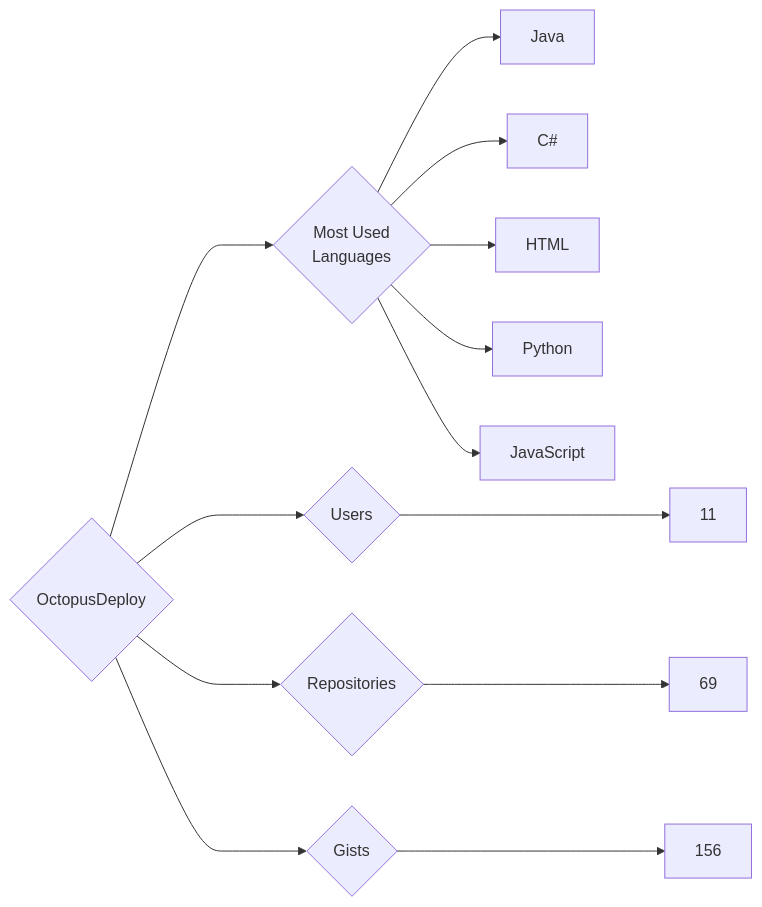
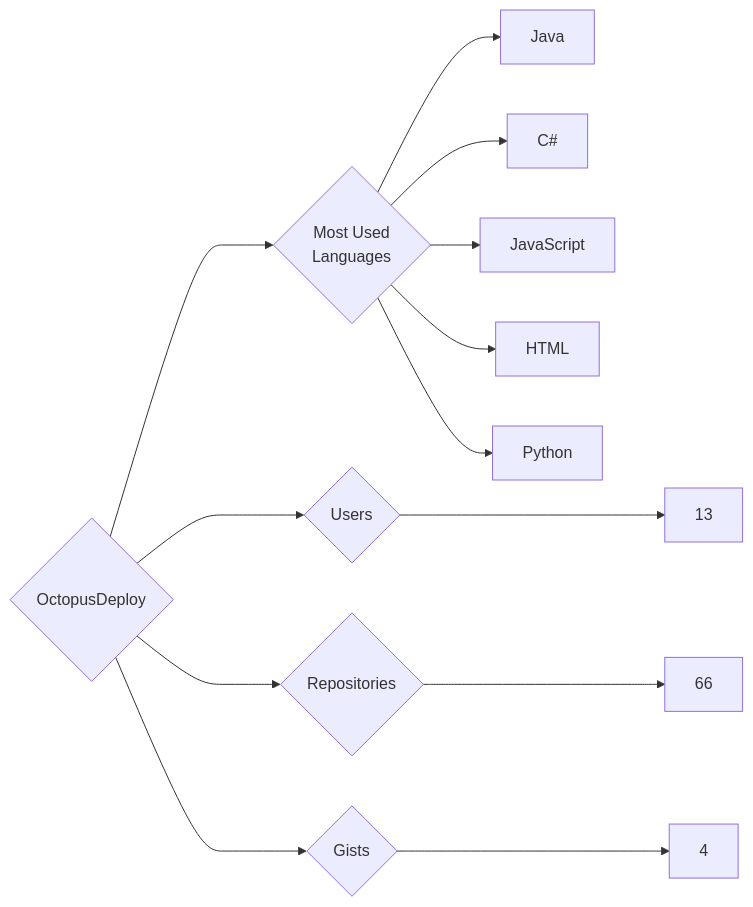
Before and after one commit to trickest/insiders: the diagram in targets/OctopusDeploy/README.md, drawn with Mermaid. The commit also changed 1496 other files, not shown here.

````diff
--- a/targets/OctopusDeploy/README.md
+++ b/targets/OctopusDeploy/README.md
@@ -3,13 +3,13 @@
 ```mermaid
 graph LR
 COMPANY_NAME{OctopusDeploy}
-COMPANY_NAME ---> U{Users} ---> UN[11]
-COMPANY_NAME ---> R{Repositories} ---> RN[69]
-COMPANY_NAME ---> G{Gists} ---> GN[156]
+COMPANY_NAME ---> U{Users} ---> UN[13]
+COMPANY_NAME ---> R{Repositories} ---> RN[66]
+COMPANY_NAME ---> G{Gists} ---> GN[4]
 COMPANY_NAME ---> ML{Most Used<br>Languages}
 ML --> Java[Java]
 ML --> C#[C#]
+ML --> JavaScript[JavaScript]
 ML --> HTML[HTML]
 ML --> Python[Python]
-ML --> JavaScript[JavaScript]
 ```
````
